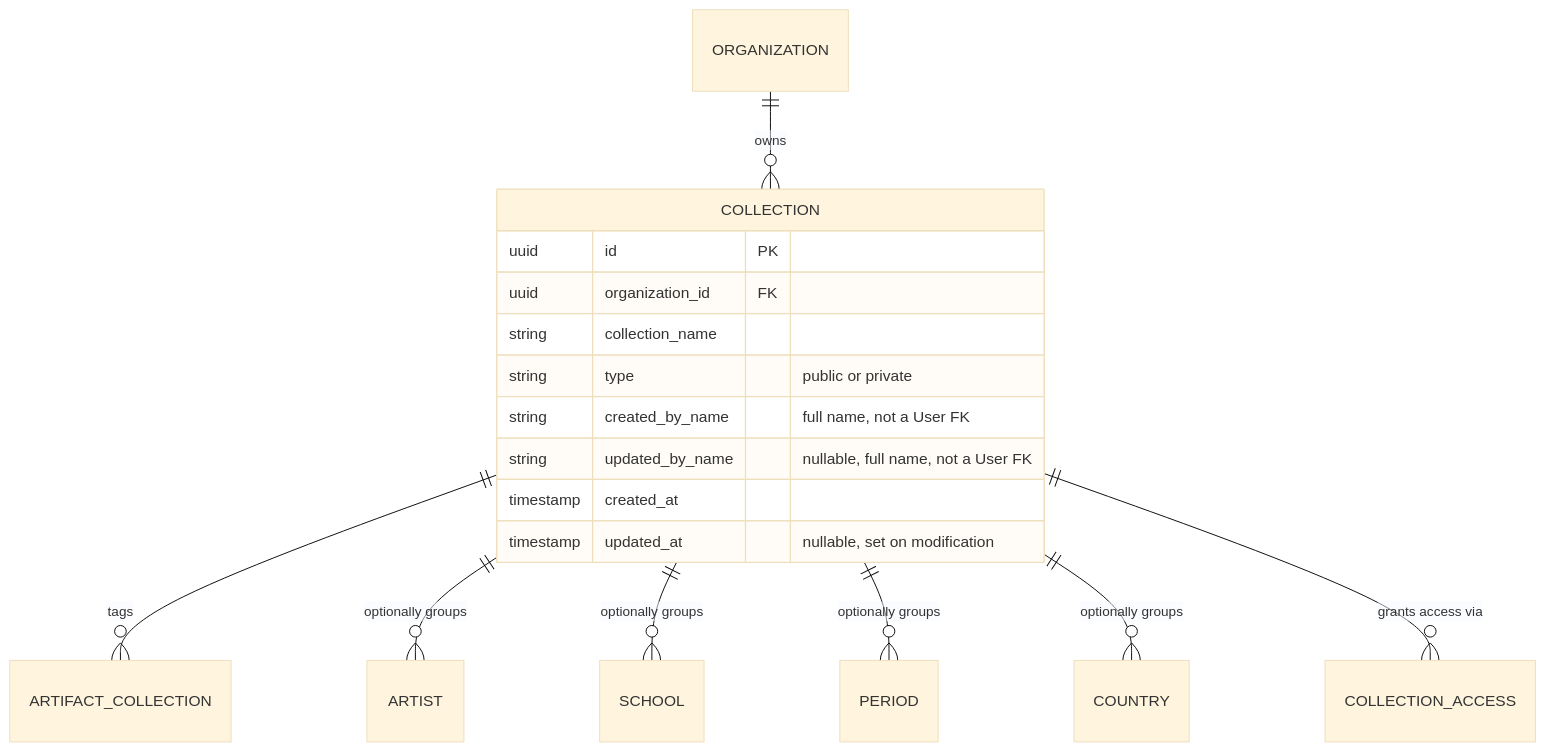
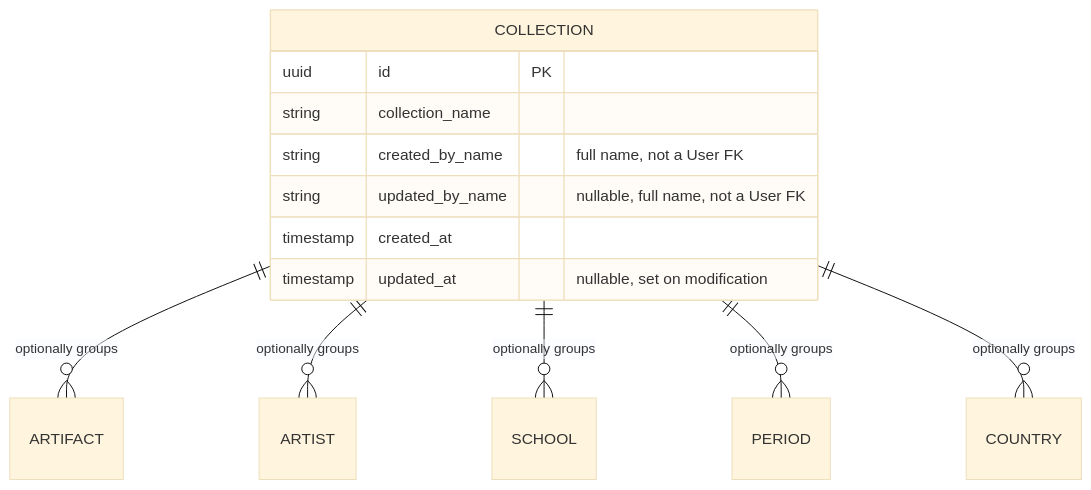
One commit to gdavydov/Artium-AI changed the third of 13 diagrams in Artium-Gallery_Design_Document.md. Above: the diagram before and after it, drawn with Mermaid (base theme). The commit also changed other lines of this file and 2 other files, not shown here.

````diff
--- a/Artium-Gallery_Design_Document.md
+++ b/Artium-Gallery_Design_Document.md
@@ -1067,21 +931,17 @@
 ```mermaid
 erDiagram
-  COLLECTION ||--o{ ARTIFACT_COLLECTION : "tags"
+  COLLECTION ||--o{ ARTIFACT : "optionally groups"
   COLLECTION ||--o{ ARTIST : "optionally groups"
   COLLECTION ||--o{ SCHOOL : "optionally groups"
   COLLECTION ||--o{ PERIOD : "optionally groups"
   COLLECTION ||--o{ COUNTRY : "optionally groups"
-  ORGANIZATION ||--o{ COLLECTION : "owns"
-  COLLECTION ||--o{ COLLECTION_ACCESS : "grants access via"
 
   COLLECTION {
     uuid id PK
-    uuid organization_id FK
     string collection_name
-    string type "public or private"
     string created_by_name "full name, not a User FK"
     string updated_by_name "nullable, full name, not a User FK"
     timestamp created_at
     timestamp updated_at "nullable, set on modification"
   }
 ```
````
